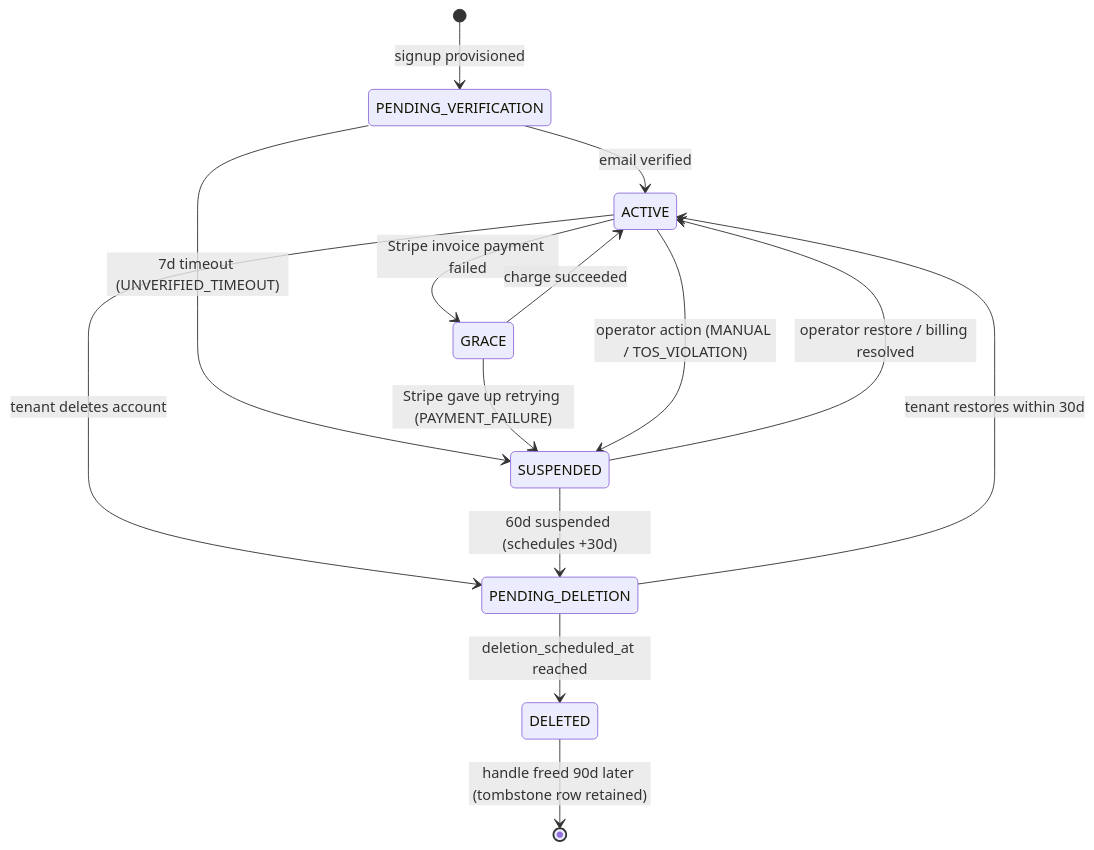
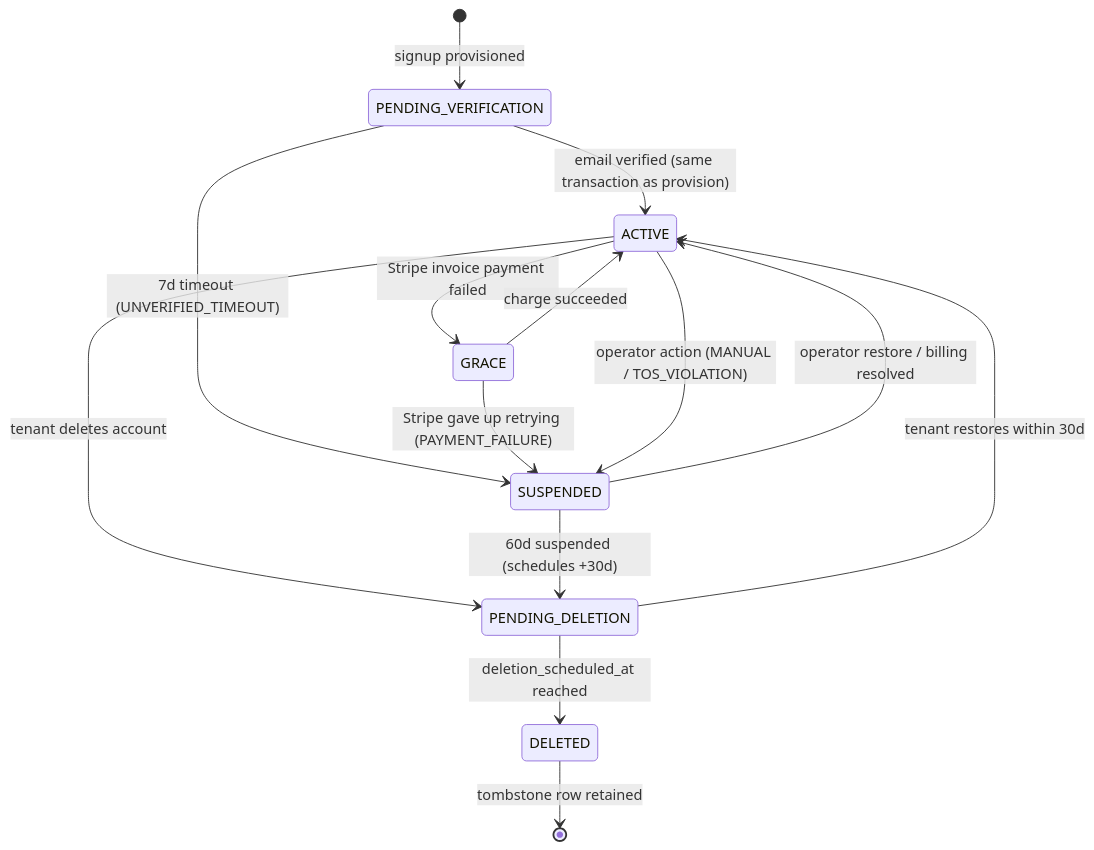
One commit to TitaniaAnn/makerfolio-saas-architecture changed the diagram in docs/02-tenancy.md. Above: the diagram before and after it, drawn with Mermaid. The commit also changed other lines of this file and 13 other files, not shown here.

First line of the commit message:
Refresh architecture docs against product PR #191

````diff
--- a/docs/02-tenancy.md
+++ b/docs/02-tenancy.md
@@ -41,16 +42,16 @@
 ```mermaid
 stateDiagram-v2
     [*] --> PENDING_VERIFICATION : signup provisioned
-    PENDING_VERIFICATION --> ACTIVE : email verified
+    PENDING_VERIFICATION --> ACTIVE : email verified (same transaction as provision)
     PENDING_VERIFICATION --> SUSPENDED : 7d timeout (UNVERIFIED_TIMEOUT)
     ACTIVE --> GRACE : Stripe invoice payment failed
     GRACE --> ACTIVE : charge succeeded
     GRACE --> SUSPENDED : Stripe gave up retrying (PAYMENT_FAILURE)
     ACTIVE --> SUSPENDED : operator action (MANUAL / TOS_VIOLATION)
     SUSPENDED --> ACTIVE : operator restore / billing resolved
     ACTIVE --> PENDING_DELETION : tenant deletes account
     SUSPENDED --> PENDING_DELETION : 60d suspended (schedules +30d)
     PENDING_DELETION --> ACTIVE : tenant restores within 30d
     PENDING_DELETION --> DELETED : deletion_scheduled_at reached
-    DELETED --> [*] : handle freed 90d later (tombstone row retained)
+    DELETED --> [*] : tombstone row retained
 ```
````
